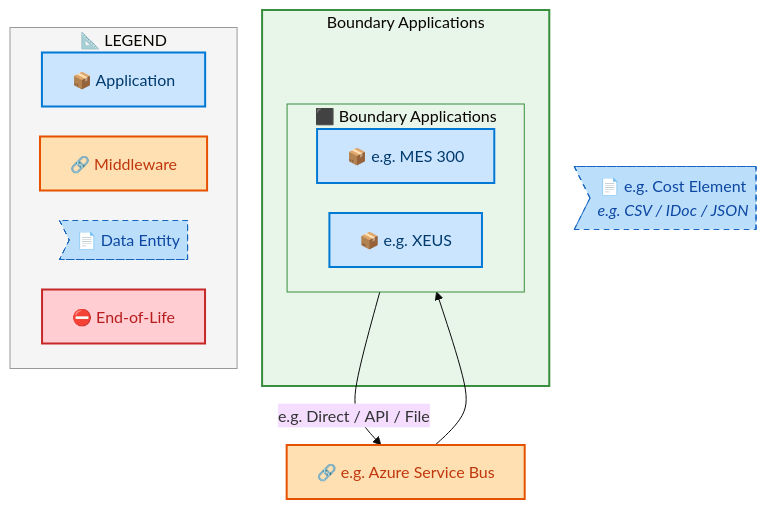
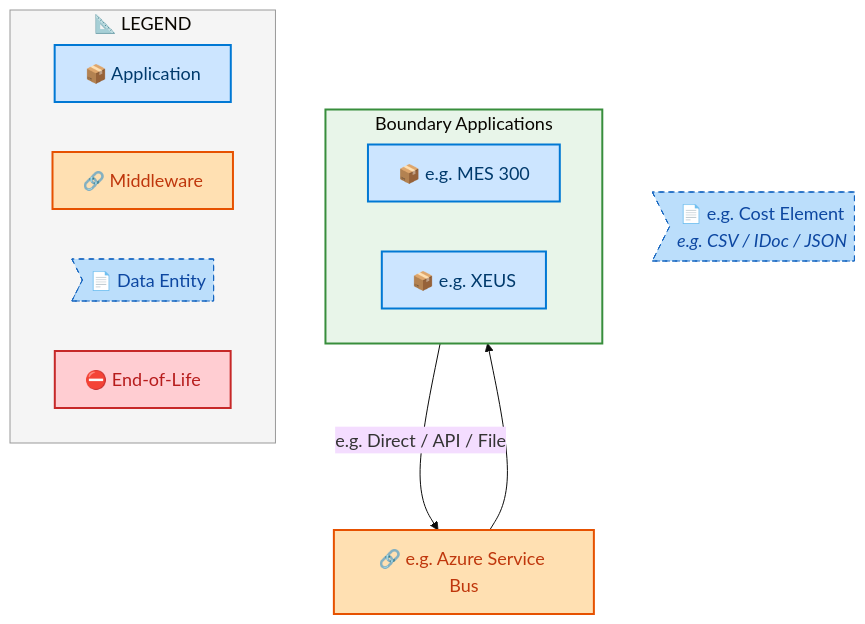
Before and after one commit to sajivfrancis777/IAO-Architecture: the eighth of 10 diagrams in towers/E2E/Forecast to Stock/E2E-76/output/docs/systems-architecture/E2E-76-Architecture.md, drawn with Mermaid. The commit also changed other lines of this file and 251 other files, not shown here.

````diff
--- a/towers/E2E/Forecast to Stock/E2E-76/output/docs/systems-architecture/E2E-76-Architecture.md
+++ b/towers/E2E/Forecast to Stock/E2E-76/output/docs/systems-architecture/E2E-76-Architecture.md
@@ -1081,40 +1078,37 @@
 ```mermaid
-%%{init: {"theme": "base", "securityLevel": "loose", "themeVariables": {"fontSize": "16px", "fontFamily": "Segoe UI, Arial, sans-serif"}, "flowchart": {"useMaxWidth": false, "htmlLabels": true, "nodeSpacing": 30, "rankSpacing": 35}} }%%
+%%{init: {"theme": "base", "securityLevel": "loose", "themeVariables": {"fontSize": "18px", "fontFamily": "Segoe UI, Arial, sans-serif"}, "flowchart": {"useMaxWidth": false, "htmlLabels": true, "nodeSpacing": 50, "rankSpacing": 60}} }%%
 flowchart TB
     %% -- ArchiMate 3.2 + Azure style classes --
     classDef business      fill:#FFFFB3,stroke:#F9A825,stroke-width:2px,color:#000
     classDef app           fill:#CCE5FF,stroke:#0078D4,stroke-width:2px,color:#003A6C
     classDef data          fill:#BBDEFB,stroke:#1565C0,stroke-width:1px,color:#0D47A1,stroke-dasharray: 5 5
     classDef middleware    fill:#FFE0B2,stroke:#E65100,stroke-width:2px,color:#BF360C
     classDef eol           fill:#FFCDD2,stroke:#C62828,stroke-width:2px,color:#B71C1C
     classDef saas          fill:#E1BEE7,stroke:#7B1FA2,stroke-width:2px,color:#4A148C
     classDef cloud         fill:#BBDEFB,stroke:#1565C0,stroke-width:2px,color:#0D47A1
     classDef onprem        fill:#C8E6C9,stroke:#2E7D32,stroke-width:2px,color:#1B5E20
 
-    subgraph E2E76FT_Boundary_Applications["Boundary Applications"]
-        subgraph E2E76FLN_Boundary_Applications[" ⬛ Boundary Applications"]
-            direction LR
-            E2E76F_e_g_MES_300["📦 e.g. MES 300"]:::app
-            E2E76F_e_g_XEUS["📦 e.g. XEUS"]:::app
-        end
+    subgraph E2E76FLN_Boundary_Applications[" Boundary Applications"]
+        direction LR
+        E2E76F_e_g_MES_300["📦 e.g. MES 300"]:::app
+        E2E76F_e_g_XEUS["📦 e.g. XEUS"]:::app
     end
 
     E2E76FMW_e_g_Azure_Service_Bus["🔗 e.g. Azure Service Bus"]:::middleware
     E2E76FDE_e_g_Cost_Element>"📄 e.g. Cost Element<br/><i>e.g. CSV / IDoc / JSON</i>"]:::data
 
     E2E76F_e_g_MES_300 -->|"e.g. Direct / API / File"| E2E76FMW_e_g_Azure_Service_Bus
     E2E76FMW_e_g_Azure_Service_Bus --> E2E76F_e_g_XEUS
 
 
-    style E2E76FT_Boundary_Applications fill:#E8F5E9,stroke:#388E3C,stroke-width:2px
-    style E2E76FLN_Boundary_Applications fill:#E8F5E9,stroke:#388E3C,stroke-width:1px
+    style E2E76FLN_Boundary_Applications fill:#E8F5E9,stroke:#388E3C,stroke-width:2px
 
     subgraph Legend["📐 LEGEND"]
         direction LR
         L_APP["📦 Application"]:::app
         L_MW["🔗 Middleware"]:::middleware
         L_DE>"📄 Data Entity"]:::data
         L_EOL["⛔ End-of-Life"]:::eol
     end
     style Legend fill:#F5F5F5,stroke:#999,stroke-width:1px
 ```
````
